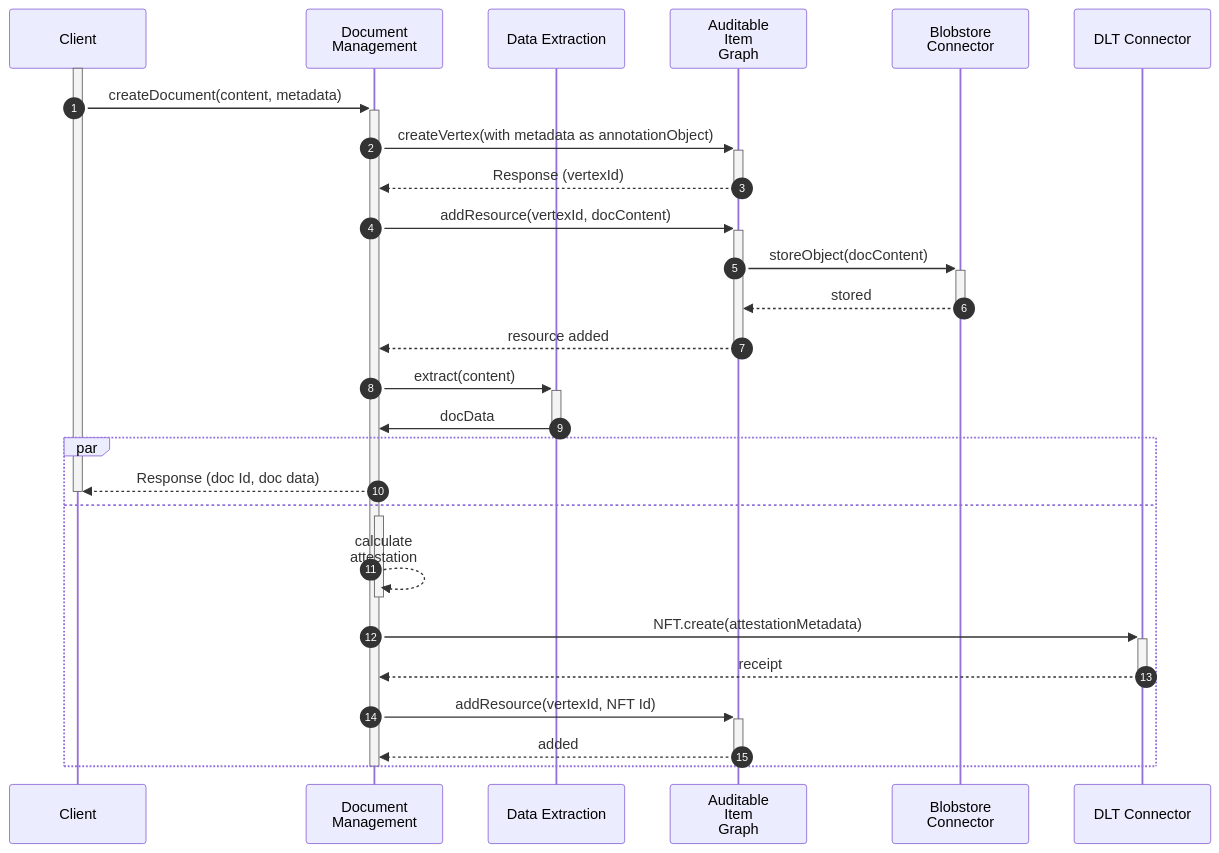
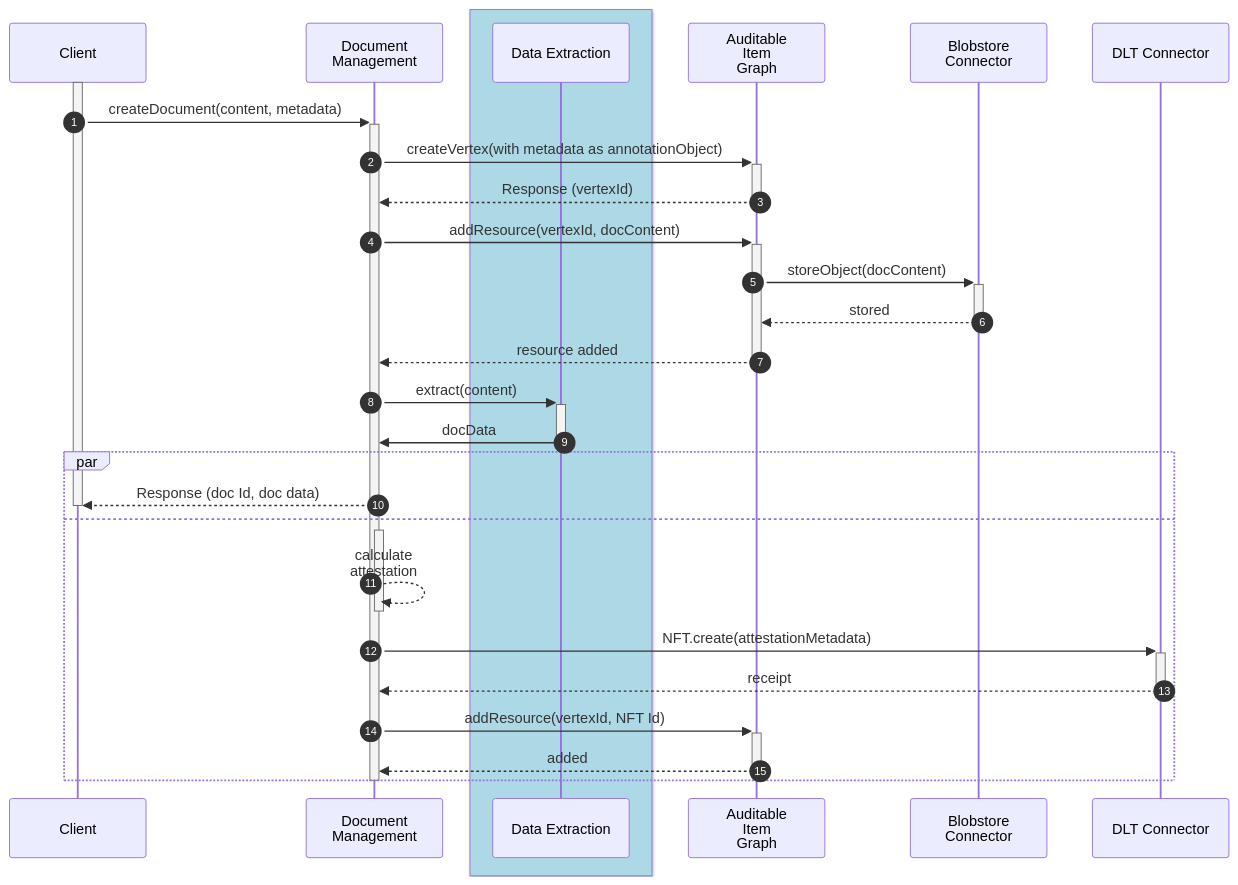
Before and after one commit to jmcanterafonseca-iota/twin-paper-diagrams: the diagram in document-management.mermaid, drawn with Mermaid. The commit also changed 4 other files, not shown here.

Commit message:
additional diagrams

```diff
--- a/document-management.mermaid
+++ b/document-management.mermaid
@@ -1,46 +1,48 @@
 ---
 config:
   theme: default
 ---
 sequenceDiagram
     %% Define participants with aliases for cleaner labels
     participant C as Client
     participant DM as Document<br>Management
-    participant DataExt as Data Extraction
+    box rgb(173, 216, 230)
+        participant DataExt as Data Extraction
+    end
     participant AIG as Auditable<br>Item<br>Graph
     participant BS as Blobstore<br>Connector
     participant DLT as DLT Connector
     autonumber
 
     activate C
     %% Step 1: Client initiates
     C->>+DM: createDocument(content, metadata)
     DM->>+AIG: createVertex(with metadata as annotationObject)
     AIG-->>DM: Response (vertexId)
     deactivate AIG
     DM->>+AIG: addResource(vertexId, docContent)
     AIG->>+BS: storeObject(docContent)
     BS-->>AIG: stored
     deactivate BS
     AIG-->>DM: resource added
     deactivate AIG
     DM->>+DataExt: extract(content)
     DataExt->>DM: docData
     deactivate DataExt
 
     par
         DM-->>C: Response (doc Id, doc data)
         deactivate C
     and
         activate DM
         DM-->>-DM: calculate<br>attestation
         DM->>+DLT: NFT.create(attestationMetadata)
         DLT-->>DM: receipt
         deactivate DLT
         DM->>+AIG: addResource(vertexId, NFT Id)
         AIG-->>DM: added 
         deactivate AIG
     end
     %% PARALLEL TASKS END HERE
     %% Manually deactivate AIG after all parallel tasks finish
     deactivate DM
```
